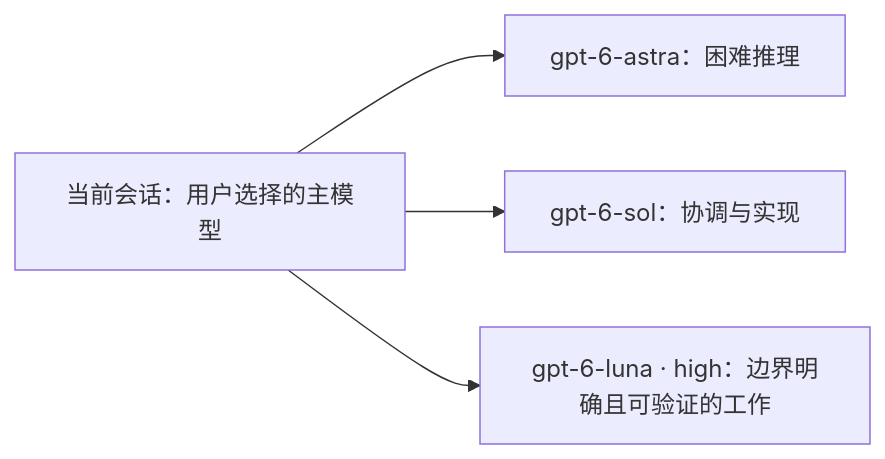
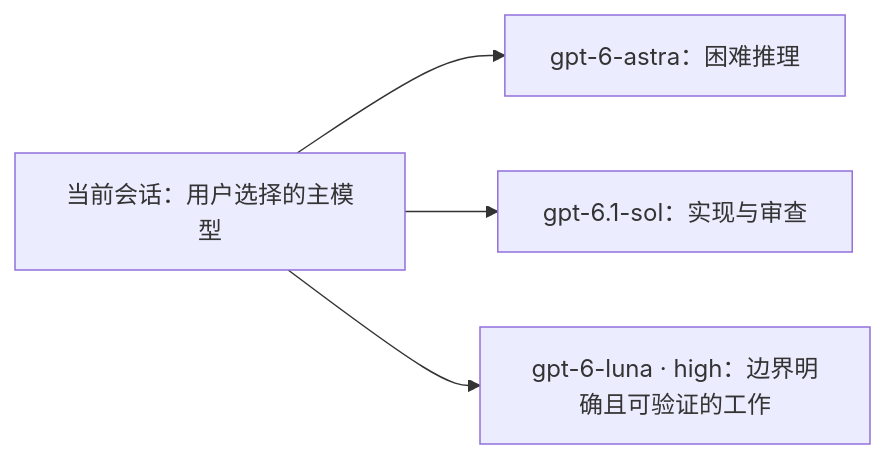
One commit to chips-lxm/adaptive-model-orchestrator changed the diagram in README.zh-CN.md. Above: the diagram before and after it, drawn with Mermaid. The commit also changed other lines of this file and 36 other files, not shown here.

````diff
--- a/README.zh-CN.md
+++ b/README.zh-CN.md
@@ -5,6 +5,6 @@
 ```mermaid
 flowchart LR
   L["当前会话：用户选择的主模型"] --> A["gpt-6-astra：困难推理"]
-  L --> S["gpt-6-sol：协调与实现"]
+  L --> S["gpt-6.1-sol：实现与审查"]
   L --> U["gpt-6-luna · high：边界明确且可验证的工作"]
 ```
````
